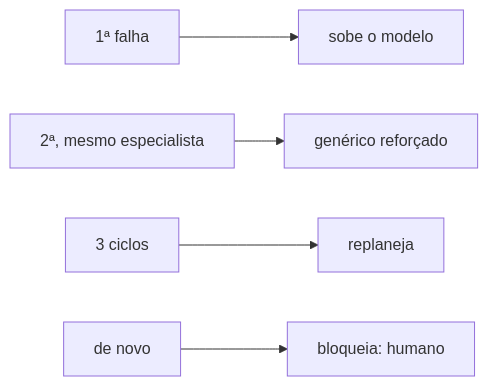
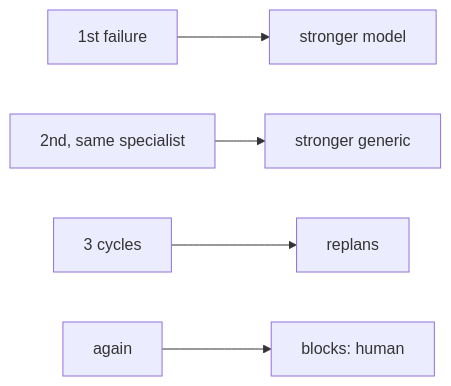
One commit to enzoconsulo/factory-tcc changed the diagram in docs/tasks/en/E4-task-production-line/FAB-405-rejection-diagnosis-and-response-ladder.md. Above: the diagram before and after it, drawn with Mermaid. The commit also changed 52 other files, not shown here.

````diff
--- a/docs/tasks/en/E4-task-production-line/FAB-405-rejection-diagnosis-and-response-ladder.md
+++ b/docs/tasks/en/E4-task-production-line/FAB-405-rejection-diagnosis-and-response-ladder.md
@@ -11,7 +11,7 @@
 ```mermaid
 flowchart LR
-  F1["1ª falha"] --> S1["sobe o modelo"]
-  F2["2ª, mesmo especialista"] --> S2["genérico reforçado"]
-  F3["3 ciclos"] --> S3["replaneja"]
-  F4["de novo"] --> S4["bloqueia: humano"]
+  F1["1st failure"] --> S1["stronger model"]
+  F2["2nd, same specialist"] --> S2["stronger generic"]
+  F3["3 cycles"] --> S3["replans"]
+  F4["again"] --> S4["blocks: human"]
 ```
````
